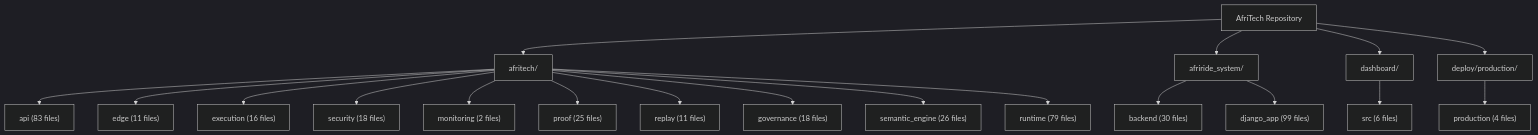
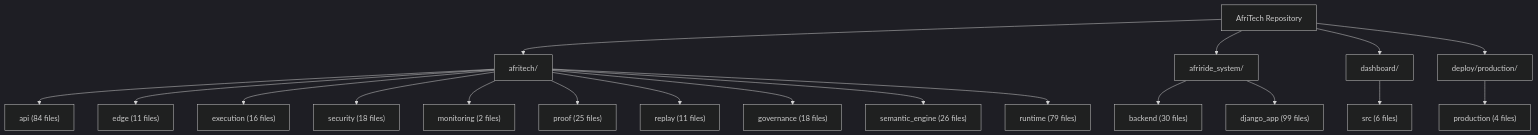
Before and after one commit to Strelly2023/afritelematics: the second of 2 diagrams in docs/architecture/AFRITECH_FULL_ARCHITECTURE_GRAPH.md, drawn with Mermaid (dark theme). The commit also changed other lines of this file and 26 other files, not shown here.

````diff
--- a/docs/architecture/AFRITECH_FULL_ARCHITECTURE_GRAPH.md
+++ b/docs/architecture/AFRITECH_FULL_ARCHITECTURE_GRAPH.md
@@ -64,23 +64,23 @@
 ```mermaid
 flowchart TD
     Root["AfriTech Repository"] --> Core["afritech/"]
     Root --> Ride["afriride_system/"]
     Root --> Ui["dashboard/"]
     Root --> Deploy["deploy/production/"]
 
-    Core --> Api["api (83 files)"]
+    Core --> Api["api (84 files)"]
     Core --> Edge["edge (11 files)"]
     Core --> Execution["execution (16 files)"]
     Core --> Security["security (18 files)"]
     Core --> Monitoring["monitoring (2 files)"]
     Core --> Proof["proof (25 files)"]
     Core --> Replay["replay (11 files)"]
     Core --> Governance["governance (18 files)"]
     Core --> Semantic["semantic_engine (26 files)"]
     Core --> Runtime["runtime (79 files)"]
 
     Ride --> Backend["backend (30 files)"]
     Ride --> Django["django_app (99 files)"]
     Ui --> Dashboard["src (6 files)"]
     Deploy --> Production["production (4 files)"]
 ```
````
